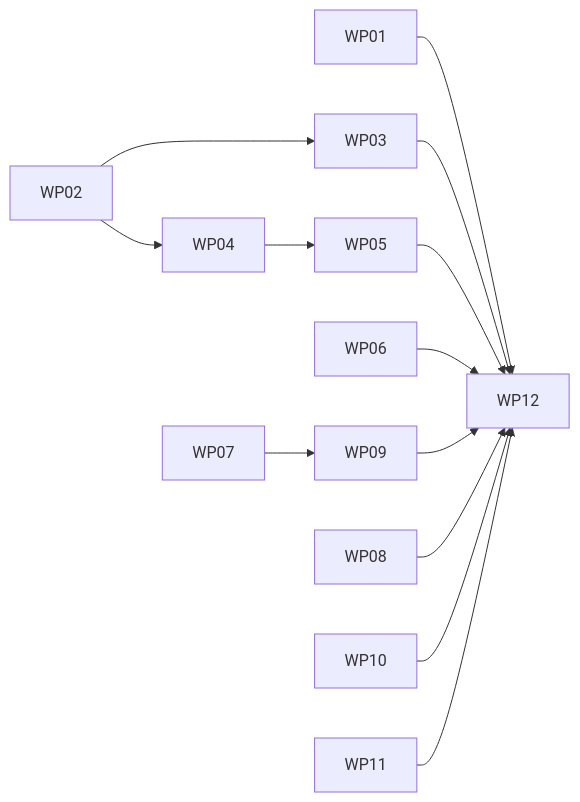
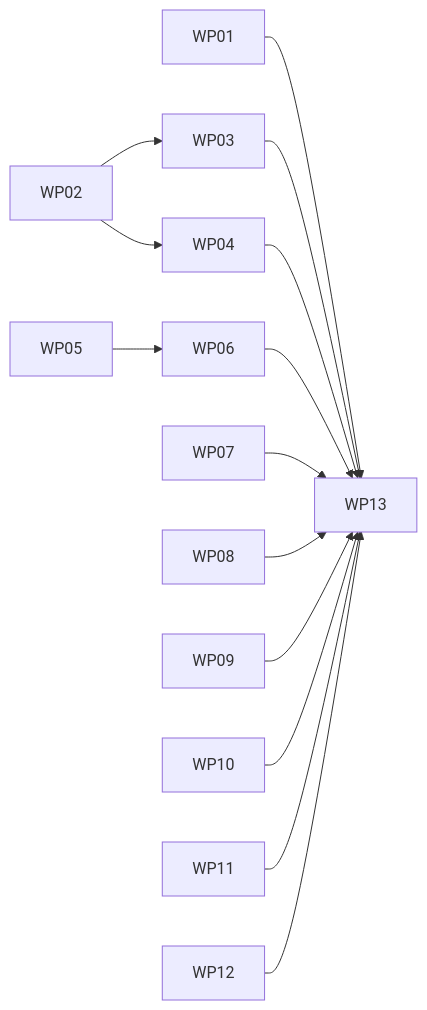
One commit to spec-kitty/spec-kitty changed the diagram in kitty-specs/ratchet-baseline-census-gate-remediation-01M3EW3Z/plan.md. Above: the diagram before and after it, drawn with Mermaid. The commit also changed other lines of this file and 5 other files, not shown here.

````diff
--- a/kitty-specs/ratchet-baseline-census-gate-remediation-01M3EW3Z/plan.md
+++ b/kitty-specs/ratchet-baseline-census-gate-remediation-01M3EW3Z/plan.md
@@ -111,11 +113,13 @@
 ```mermaid
 graph LR
-  WP01 --> WP12
-  WP02 --> WP03 --> WP12
-  WP02 --> WP04 --> WP05 --> WP12
-  WP06 --> WP12
-  WP07 --> WP09 --> WP12
-  WP08 --> WP12
-  WP10 --> WP12
-  WP11 --> WP12
+  WP01 --> WP13
+  WP02 --> WP03 --> WP13
+  WP02 --> WP04 --> WP13
+  WP05 --> WP06 --> WP13
+  WP07 --> WP13
+  WP08 --> WP13
+  WP09 --> WP13
+  WP10 --> WP13
+  WP11 --> WP13
+  WP12 --> WP13
 ```
````
